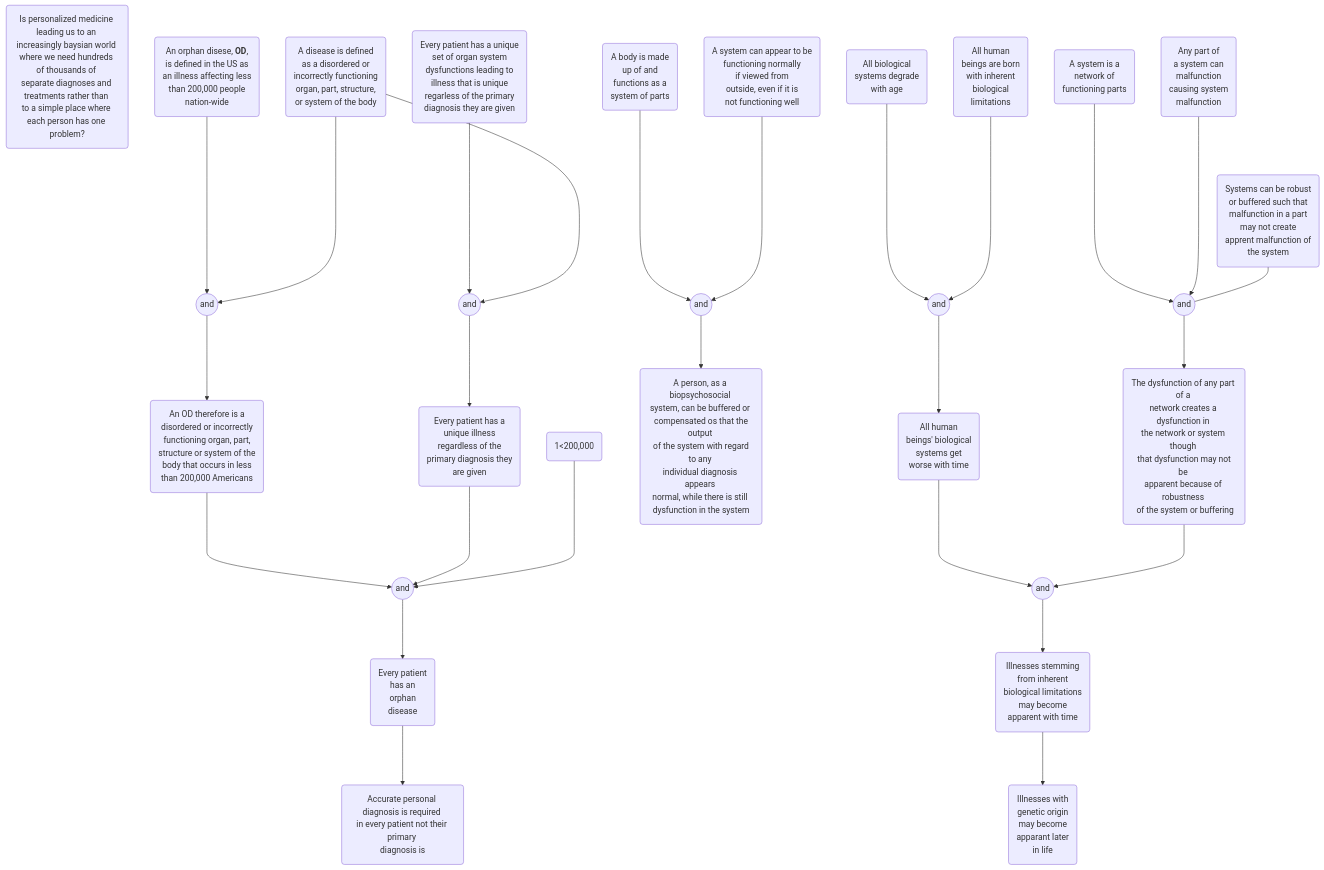
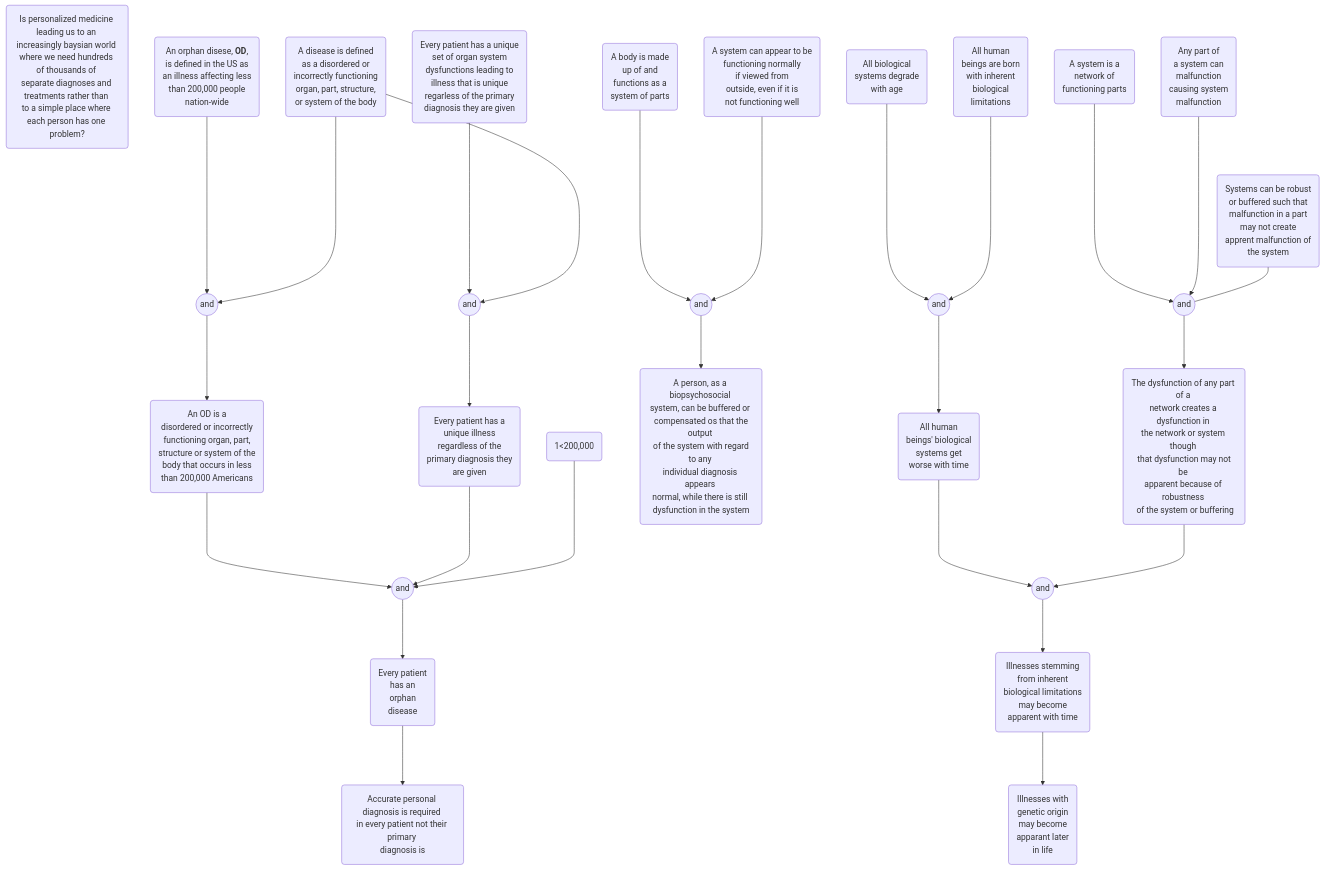
Before and after one commit to hwetsman/TOC_Trees: the diagram in Orphan_Diseases.md, drawn with Mermaid.

Commit message:
Refactor: drop the redundant therefore

````diff
--- a/Orphan_Diseases.md
+++ b/Orphan_Diseases.md
@@ -3,64 +3,64 @@
 ```mermaid
 flowchart TD
 proposition(Is personalized medicine <br>leading us to an <br>increasingly baysian world <br>where we need hundreds <br>of thousands of <br>separate diagnoses and <br>treatments rather than <br>to a simple place where <br>each person has one problem?)
 
 orphan(An orphan disese, <b>OD</b>, <br>is defined in the US as <br>an illness affecting less <br>than 200,000 people <br> nation-wide)
 disease(A disease is defined <br>as a disordered or <br>incorrectly functioning <br>organ, part, structure, <br>or system of the body)
 and1((and))
     orphan--->and1
     disease--->and1
 every_pt(Every patient has a unique <br>set of organ system <br>dysfunctions leading to <br>illness that is unique <br>regarless of the primary <br>diagnosis they are given)
 and2((and))
     every_pt--->and2
     disease--->and2
-OD_def(An OD therefore is a <br>disordered or incorrectly <br> functioning organ, part, <br>structure or system of the <br>body that occurs in less <br>than 200,000 Americans)
+OD_def(An OD is a <br>disordered or incorrectly <br> functioning organ, part, <br>structure or system of the <br>body that occurs in less <br>than 200,000 Americans)
     and1--->OD_def
 every_pt2(Every patient has a <br>unique illness <br>regardless of the <br> primary diagnosis they <br>are given)
     and2--->every_pt2
 logic(1<200,000)
 and3((and))
     OD_def--->and3
     every_pt2--->and3
     logic--->and3
 every_pt3(Every patient <br>has an <br>orphan <br>disease)
     and3--->every_pt3
 accurate(Accurate personal <br>diagnosis is required <br>in every patient not <brmatter how common <br>their primary <br>diagnosis is)
     every_pt3--->accurate
 
 body(A body is made <br>up of and <br>functions as a <br>system of parts)
 systems(A system can appear to be <br>functioning normally <br>if viewed from <br> outside, even if it is <br>not functioning well)
 and4((and))
     body--->and4
     systems--->and4
 persons(A person, as a biopsychosocial <br>system, can be buffered or <br> compensated os that the output <br> of the system with regard to any <br>individual diagnosis appears <br>normal, while there is still <br>dysfunction in the system)
     and4--->persons
 
 system(A system is a <br>network of <br>functioning parts)
 any_system(Any part of <br>a system can <br>malfunction <br> causing system <br>malfunction)
 buffered(Systems can be robust <br>or buffered such that <br>malfunction in a part <br>may not create <br>apprent malfunction of <br>the system)
 and5((and))
     system--->and5
     any_system--->and5
     buffered---and5
         dysfunction(The dysfunction of any part of a <br>network creates a dysfunction in <br>the network or system though <br> that dysfunction may not be <br>apparent because of robustness <br> of the system or buffering)
         and5--->dysfunction
 
 age(All biological <br>systems degrade <br>with age)
 limits(All human <br>beings are born <br>with inherent <br>biological <br>limitations)
 and6((and))
     age--->and6
     limits--->and6
 time(All human <br>beings' biological <br>systems get <br>worse with time)
     and6--->time
         and7((and))
         time--->and7
         dysfunction--->and7
             tardive(Illnesses stemming <br>from inherent <br>biological limitations <br>may become <br>apparent with time)
                 and7--->tardive
                 genetic(Illnesses with <br>genetic origin <br>may become <br>apparant later <br>in life)
                     tardive--->genetic
 
     
 
 
 ```
````
